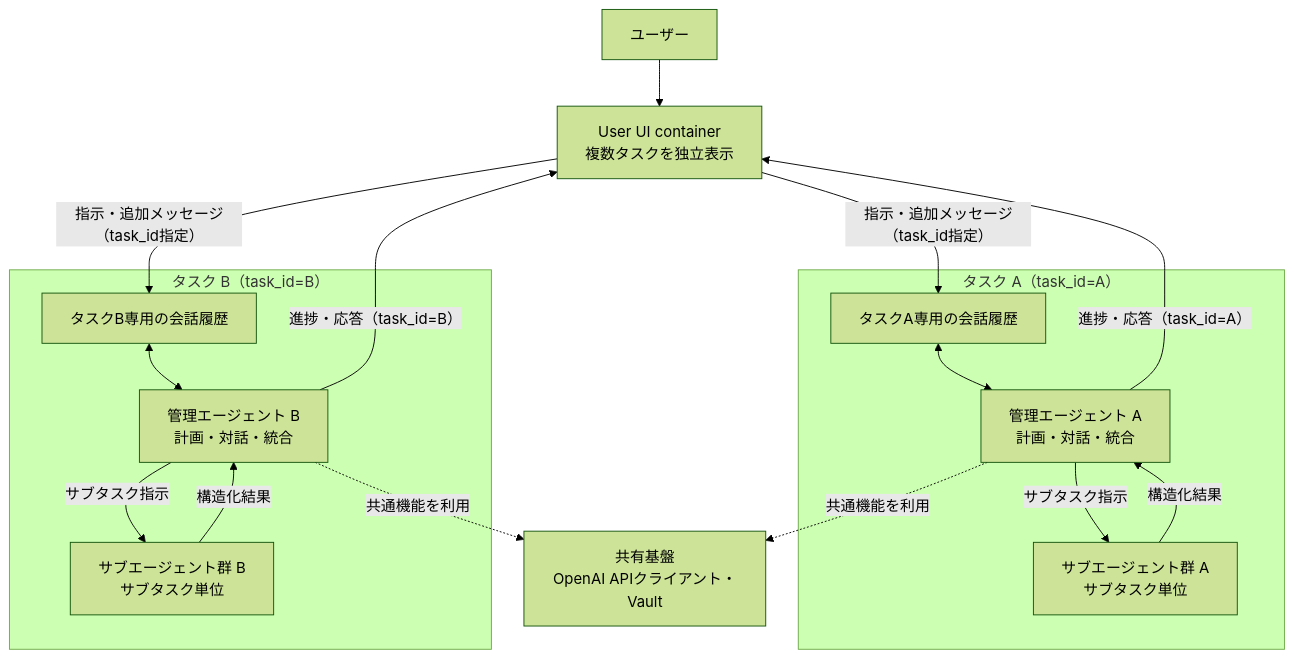
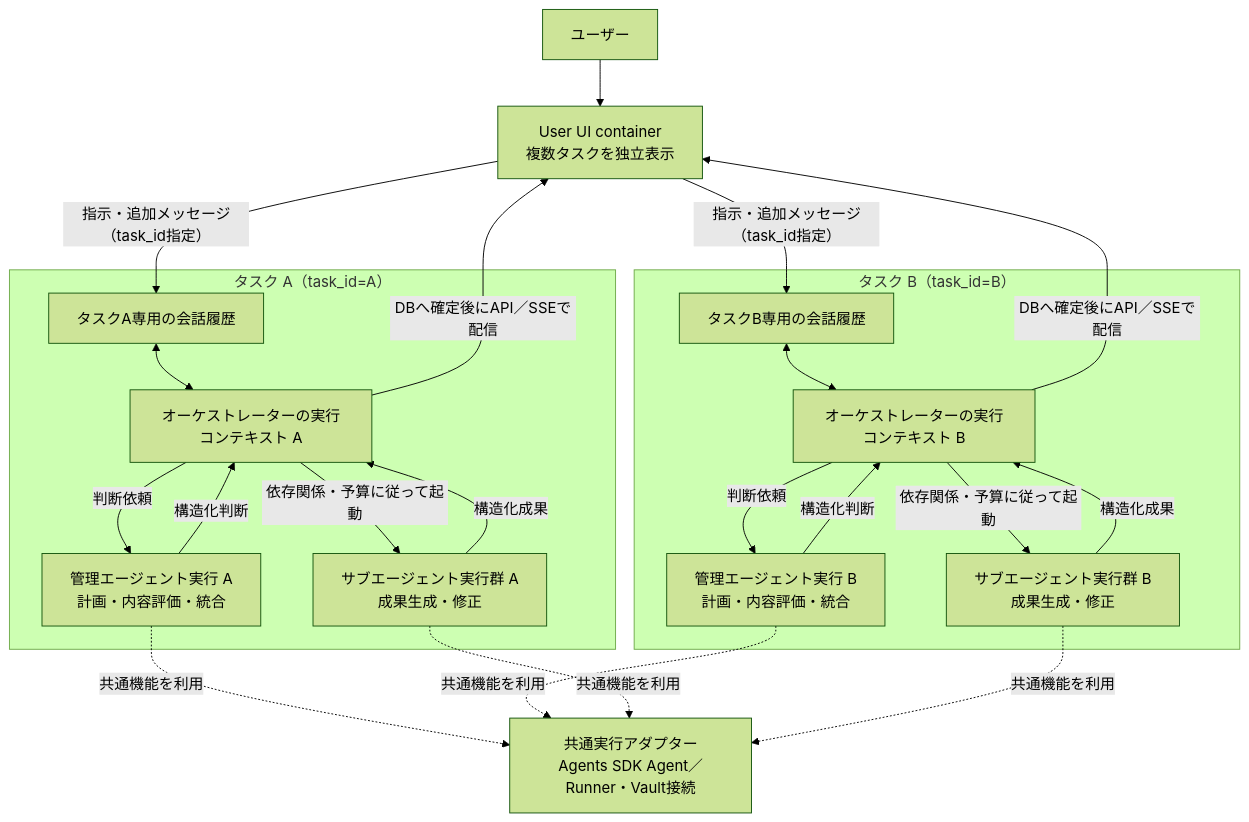
The second of 5 diagrams in dev-jp/01_design.md (ryoma-jp/agent-orchestrator-core), drawn with Mermaid (forest theme) before and after one commit. The commit also changed other lines of this file and 15 other files, not shown here.

````diff
--- a/dev-jp/01_design.md
+++ b/dev-jp/01_design.md
@@ -144,34 +157,42 @@
 ```mermaid
 flowchart TB
     User["ユーザー"]
     UI["User UI container<br/>複数タスクを独立表示"]
 
     User --> UI
 
     subgraph TaskA["タスク A（task_id=A）"]
         ConversationA["タスクA専用の会話履歴"]
-        ManagerA["管理エージェント A<br/>計画・対話・統合"]
-        WorkersA["サブエージェント群 A<br/>サブタスク単位"]
-        ConversationA <--> ManagerA
-        ManagerA -->|サブタスク指示| WorkersA
-        WorkersA -->|構造化結果| ManagerA
+        OrchestratorA["オーケストレーターの実行コンテキスト A"]
+        ManagerA["管理エージェント実行 A<br/>計画・内容評価・統合"]
+        WorkersA["サブエージェント実行群 A<br/>成果生成・修正"]
+        ConversationA <--> OrchestratorA
+        OrchestratorA -->|判断依頼| ManagerA
+        ManagerA -->|構造化判断| OrchestratorA
+        OrchestratorA -->|依存関係・予算に従って起動| WorkersA
+        WorkersA -->|構造化成果| OrchestratorA
     end
 
     subgraph TaskB["タスク B（task_id=B）"]
         ConversationB["タスクB専用の会話履歴"]
-        ManagerB["管理エージェント B<br/>計画・対話・統合"]
-        WorkersB["サブエージェント群 B<br/>サブタスク単位"]
-        ConversationB <--> ManagerB
-        ManagerB -->|サブタスク指示| WorkersB
-        WorkersB -->|構造化結果| ManagerB
+        OrchestratorB["オーケストレーターの実行コンテキスト B"]
+        ManagerB["管理エージェント実行 B<br/>計画・内容評価・統合"]
+        WorkersB["サブエージェント実行群 B<br/>成果生成・修正"]
+        ConversationB <--> OrchestratorB
+        OrchestratorB -->|判断依頼| ManagerB
+        ManagerB -->|構造化判断| OrchestratorB
+        OrchestratorB -->|依存関係・予算に従って起動| WorkersB
+        WorkersB -->|構造化成果| OrchestratorB
     end
 
     UI -->|指示・追加メッセージ（task_id指定）| ConversationA
     UI -->|指示・追加メッセージ（task_id指定）| ConversationB
-    ManagerA -->|進捗・応答（task_id=A）| UI
-    ManagerB -->|進捗・応答（task_id=B）| UI
+    OrchestratorA -->|DBへ確定後にAPI／SSEで配信| UI
+    OrchestratorB -->|DBへ確定後にAPI／SSEで配信| UI
 
-    Shared["共有基盤<br/>OpenAI APIクライアント・Vault"]
+    Shared["共通実行アダプター<br/>Agents SDK Agent／Runner・Vault接続"]
     ManagerA -. "共通機能を利用" .-> Shared
     ManagerB -. "共通機能を利用" .-> Shared
+    WorkersA -. "共通機能を利用" .-> Shared
+    WorkersB -. "共通機能を利用" .-> Shared
 ```
````
